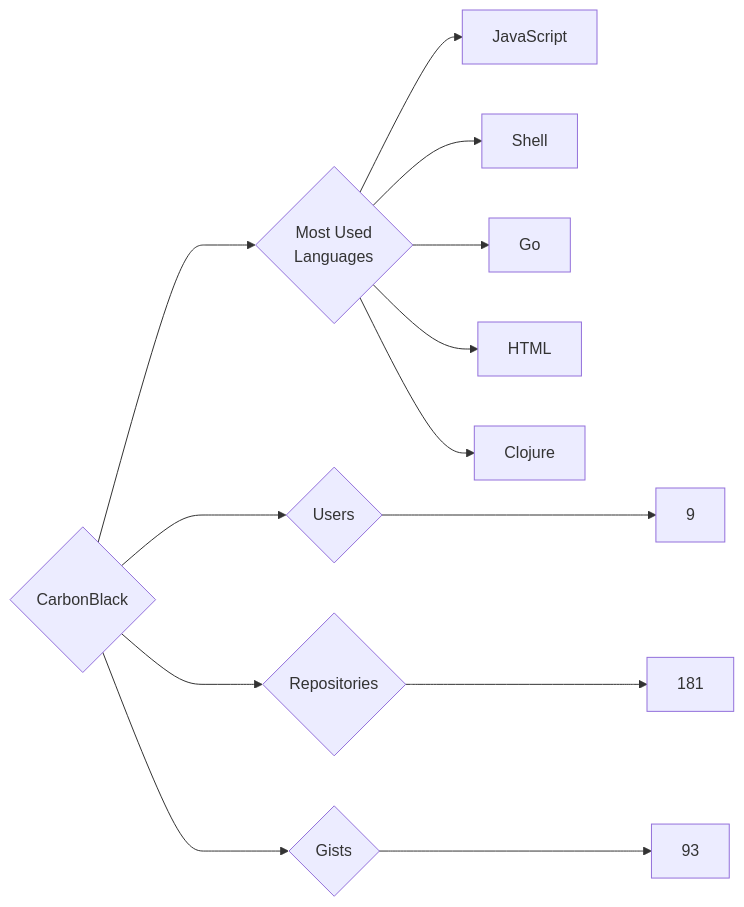
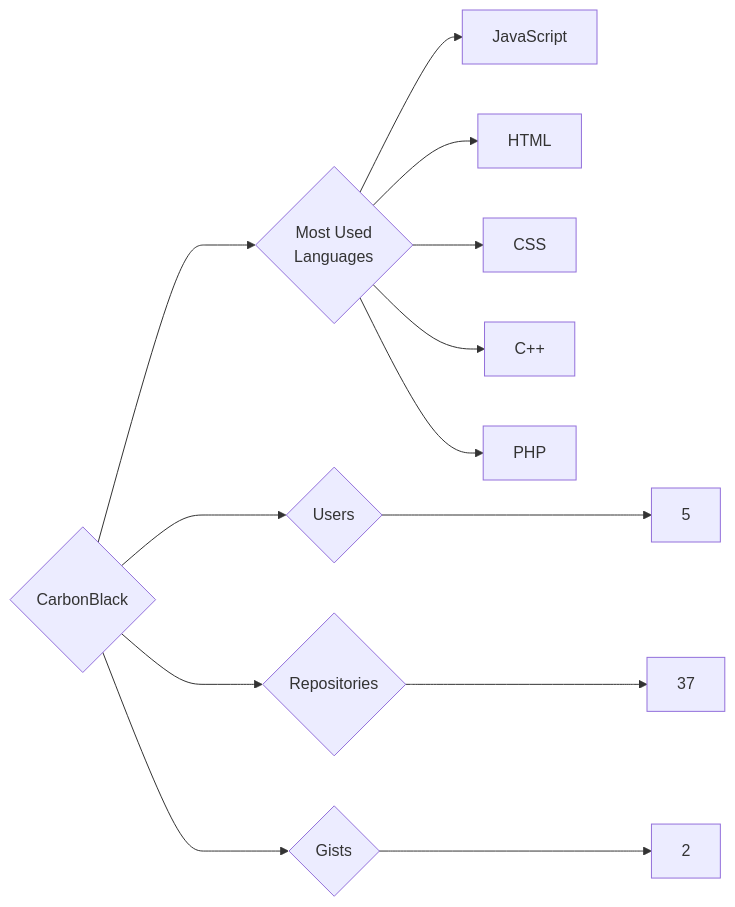
The diagram in targets/CarbonBlack/README.md (trickest/insiders), drawn with Mermaid before and after one commit. The commit also changed 998 other files, not shown here.

````diff
--- a/targets/CarbonBlack/README.md
+++ b/targets/CarbonBlack/README.md
@@ -3,13 +3,13 @@
 ```mermaid
 graph LR
 COMPANY_NAME{CarbonBlack}
-COMPANY_NAME ---> U{Users} ---> UN[9]
-COMPANY_NAME ---> R{Repositories} ---> RN[181]
-COMPANY_NAME ---> G{Gists} ---> GN[93]
+COMPANY_NAME ---> U{Users} ---> UN[5]
+COMPANY_NAME ---> R{Repositories} ---> RN[37]
+COMPANY_NAME ---> G{Gists} ---> GN[2]
 COMPANY_NAME ---> ML{Most Used<br>Languages}
 ML --> JavaScript[JavaScript]
-ML --> Shell[Shell]
-ML --> Go[Go]
 ML --> HTML[HTML]
-ML --> Clojure[Clojure]
+ML --> CSS[CSS]
+ML --> C++[C++]
+ML --> PHP[PHP]
 ```
````
